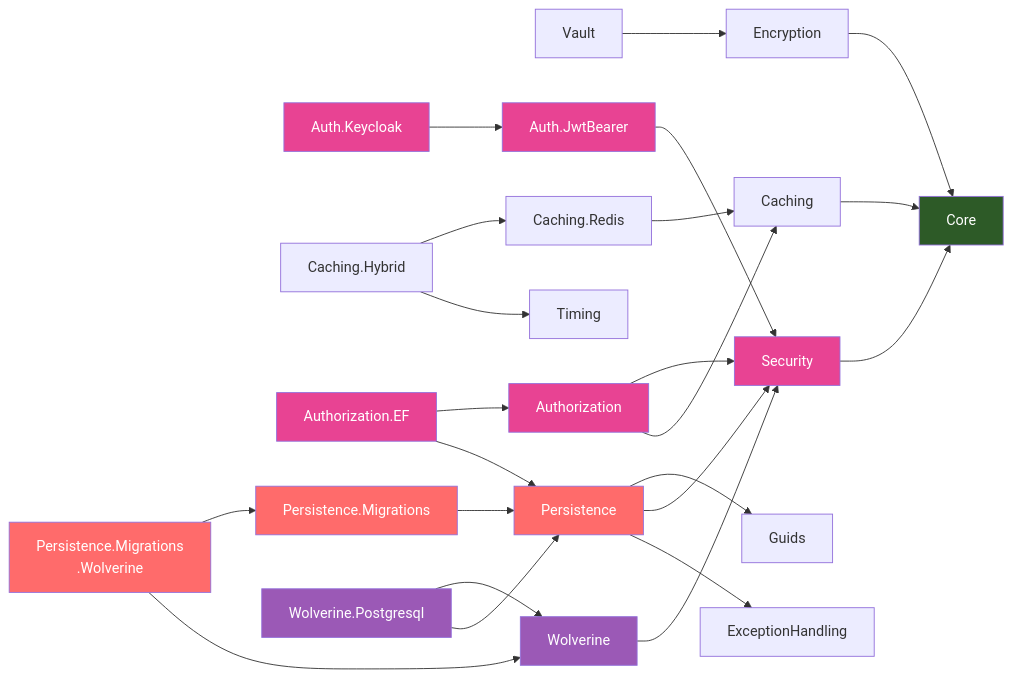
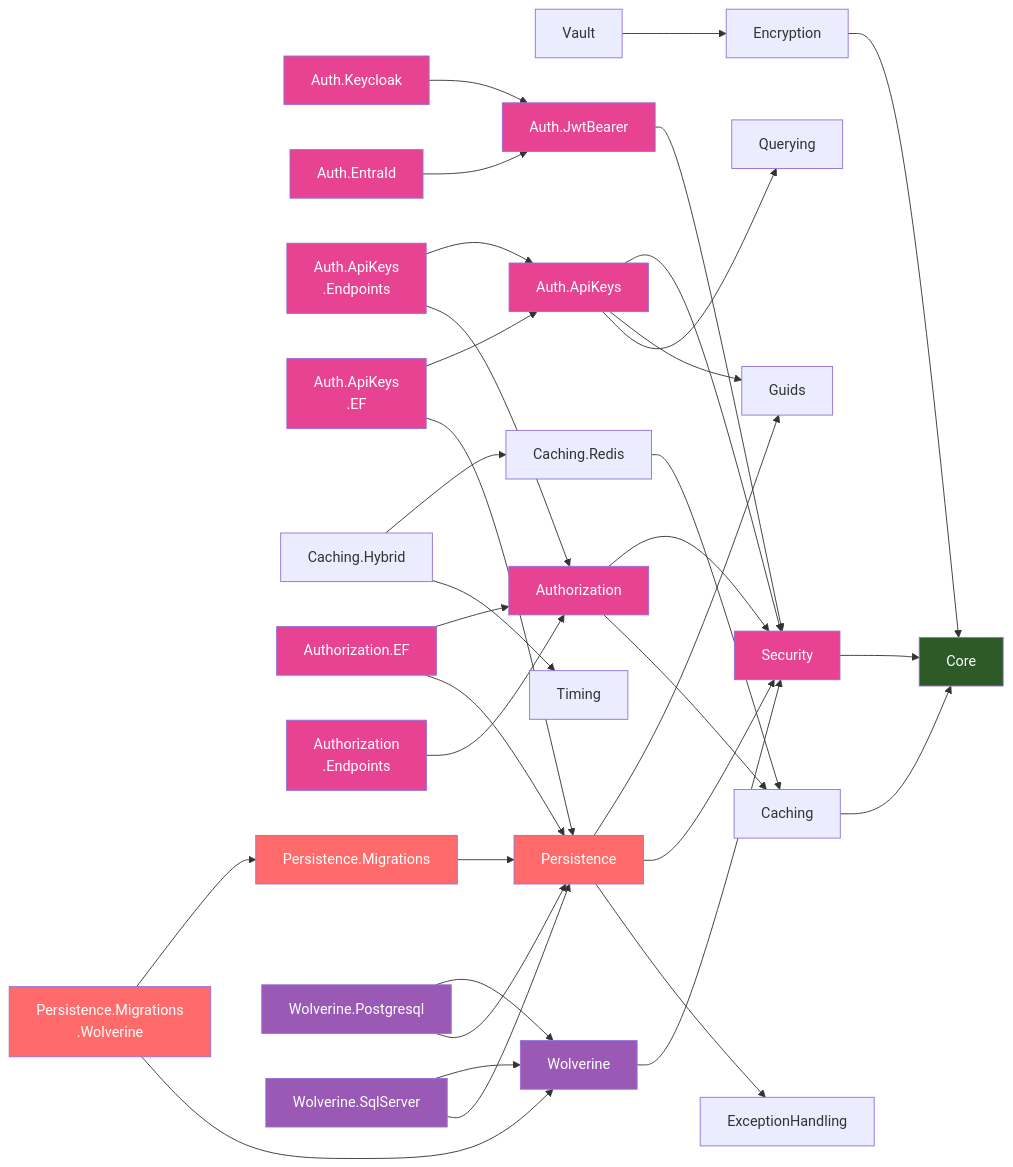
One commit to enraiz/granit-dotnet changed the second of 8 diagrams in docs/framework/dependencies.md. Above: the diagram before and after it, drawn with Mermaid. The commit also changed other lines of this file, not shown here.

First line of the commit message:
docs: update dependency graph for 111 packages (was 92)

````diff
--- a/docs/framework/dependencies.md
+++ b/docs/framework/dependencies.md
@@ -133,44 +133,62 @@
 ```mermaid
 flowchart LR
     SEC["Security"] --> CORE["Core"]
     ENCR["Encryption"] --> CORE
     VAULT["Vault"] --> ENCR
 
     JWT["Auth.JwtBearer"] --> SEC
     KC["Auth.Keycloak"] --> JWT
+    ENTRA["Auth.EntraId"] --> JWT
+
+    APIKEYS["Auth.ApiKeys"] --> SEC
+    APIKEYS --> GUIDS["Guids"]
+    APIKEYS --> QRY["Querying"]
+    APIKEYS_EP["Auth.ApiKeys<br/>.Endpoints"] --> APIKEYS
+    APIKEYS_EP --> AUTHZ
+    APIKEYS_EF["Auth.ApiKeys<br/>.EF"] --> APIKEYS
+    APIKEYS_EF --> PERS
 
     CACHE["Caching"] --> CORE
     CACHE_REDIS["Caching.Redis"] --> CACHE
     CACHE_HYB["Caching.Hybrid"] --> CACHE_REDIS
     CACHE_HYB --> TIMING["Timing"]
 
     AUTHZ["Authorization"] --> SEC
     AUTHZ --> CACHE
     AUTHZ_EF["Authorization.EF"] --> AUTHZ
     AUTHZ_EF --> PERS
+    AUTHZ_EP["Authorization<br/>.Endpoints"] --> AUTHZ
 
-    PERS["Persistence"] --> GUIDS["Guids"]
+    PERS["Persistence"] --> GUIDS
     PERS --> SEC
     PERS --> EXC["ExceptionHandling"]
 
     PERS_MIG["Persistence.Migrations"] --> PERS
 
     PERS_MIG_WOL["Persistence.Migrations<br/>.Wolverine"] --> PERS_MIG
     PERS_MIG_WOL --> WOL["Wolverine"]
 
     WOL --> SEC
     WOL_PG["Wolverine.Postgresql"] --> WOL
     WOL_PG --> PERS
+    WOL_SQL["Wolverine.SqlServer"] --> WOL
+    WOL_SQL --> PERS
 
     style CORE fill:#2d5a27,color:#fff
     style PERS fill:#ff6b6b,color:#fff
     style PERS_MIG fill:#ff6b6b,color:#fff
     style PERS_MIG_WOL fill:#ff6b6b,color:#fff
     style SEC fill:#e84393,color:#fff
     style AUTHZ fill:#e84393,color:#fff
     style AUTHZ_EF fill:#e84393,color:#fff
+    style AUTHZ_EP fill:#e84393,color:#fff
     style JWT fill:#e84393,color:#fff
     style KC fill:#e84393,color:#fff
+    style ENTRA fill:#e84393,color:#fff
+    style APIKEYS fill:#e84393,color:#fff
+    style APIKEYS_EP fill:#e84393,color:#fff
+    style APIKEYS_EF fill:#e84393,color:#fff
     style WOL fill:#9b59b6,color:#fff
     style WOL_PG fill:#9b59b6,color:#fff
+    style WOL_SQL fill:#9b59b6,color:#fff
 ```
````
